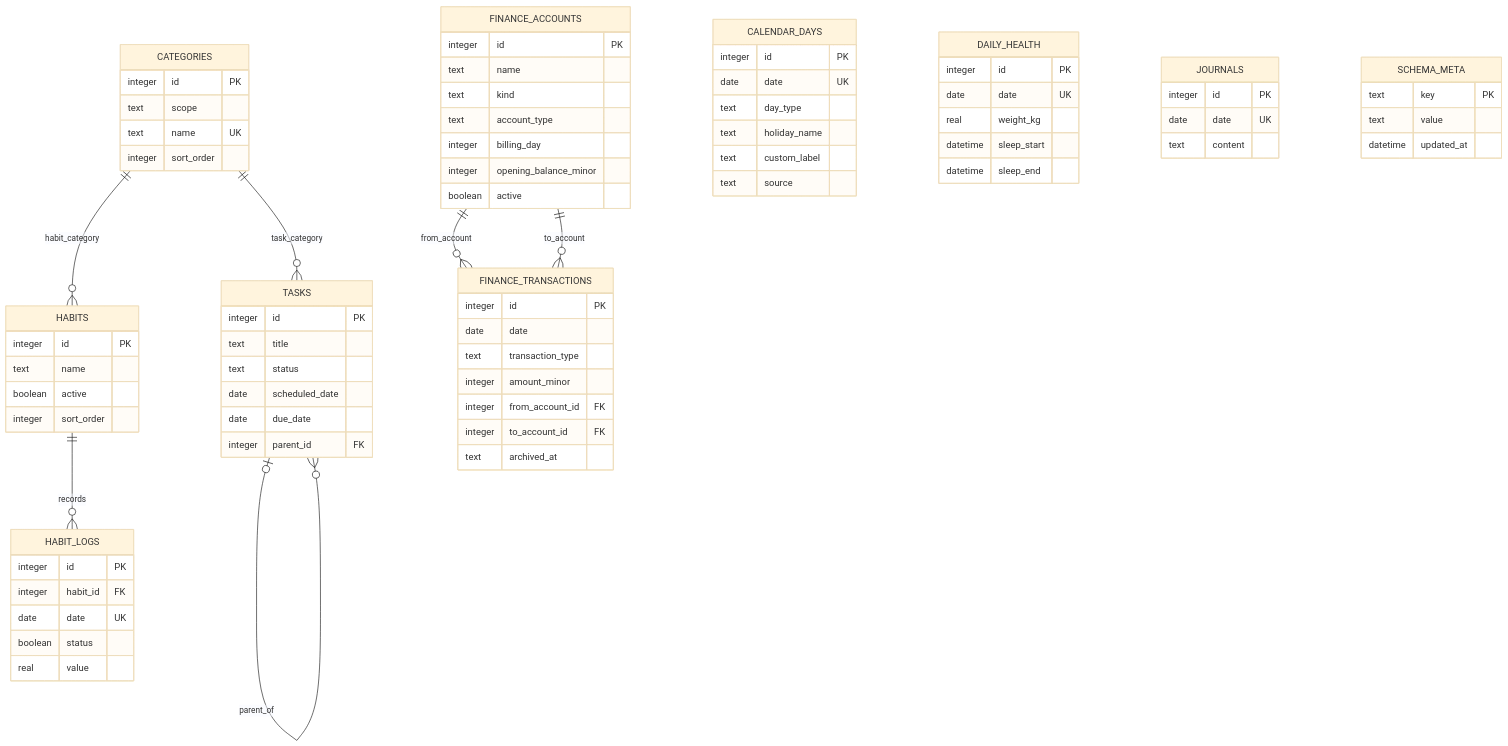
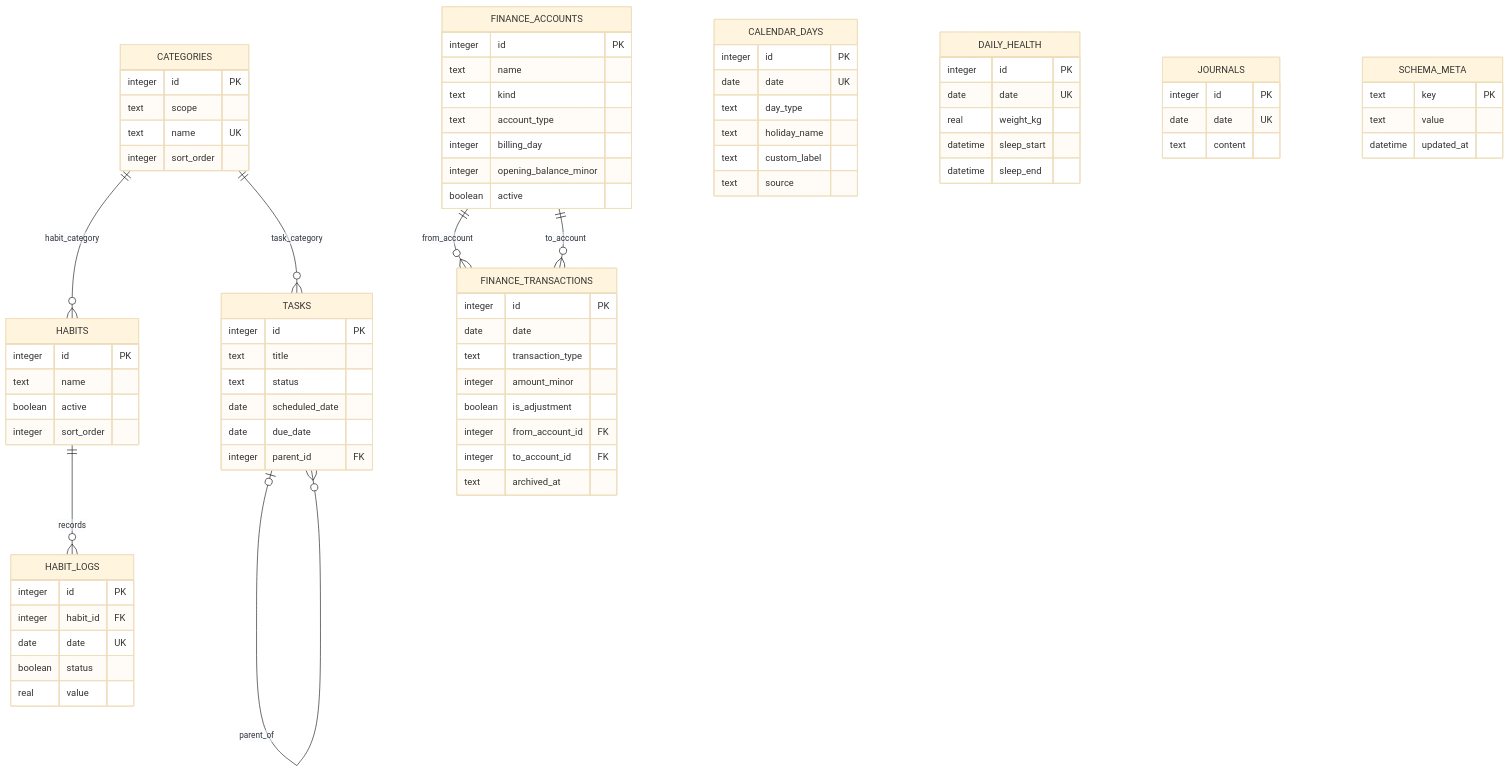
The diagram in docs/architecture/数据库模型.md (linfeng0tingyu/life-os), drawn with Mermaid (base theme) before and after one commit. The commit also changed other lines of this file and 21 other files, not shown here.

```diff
--- a/docs/architecture/数据库模型.md
+++ b/docs/architecture/数据库模型.md
@@ -100,6 +100,7 @@
         date date
         text transaction_type
         integer amount_minor
+        boolean is_adjustment
         integer from_account_id FK
         integer to_account_id FK
         text archived_at
```
